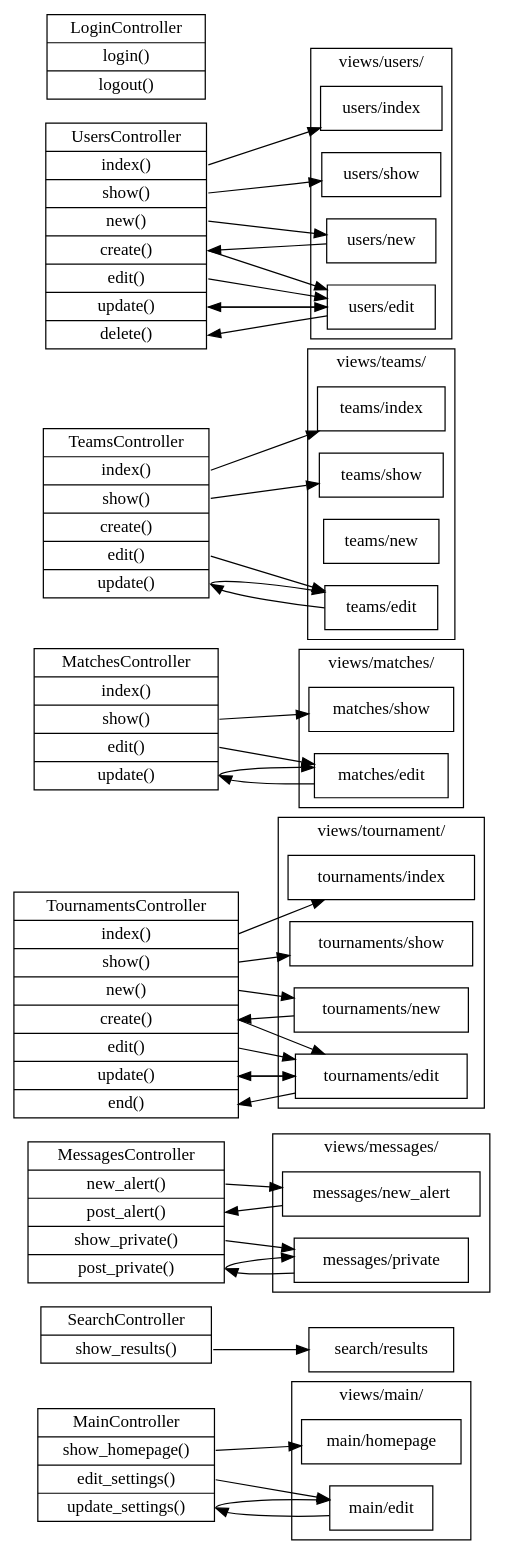
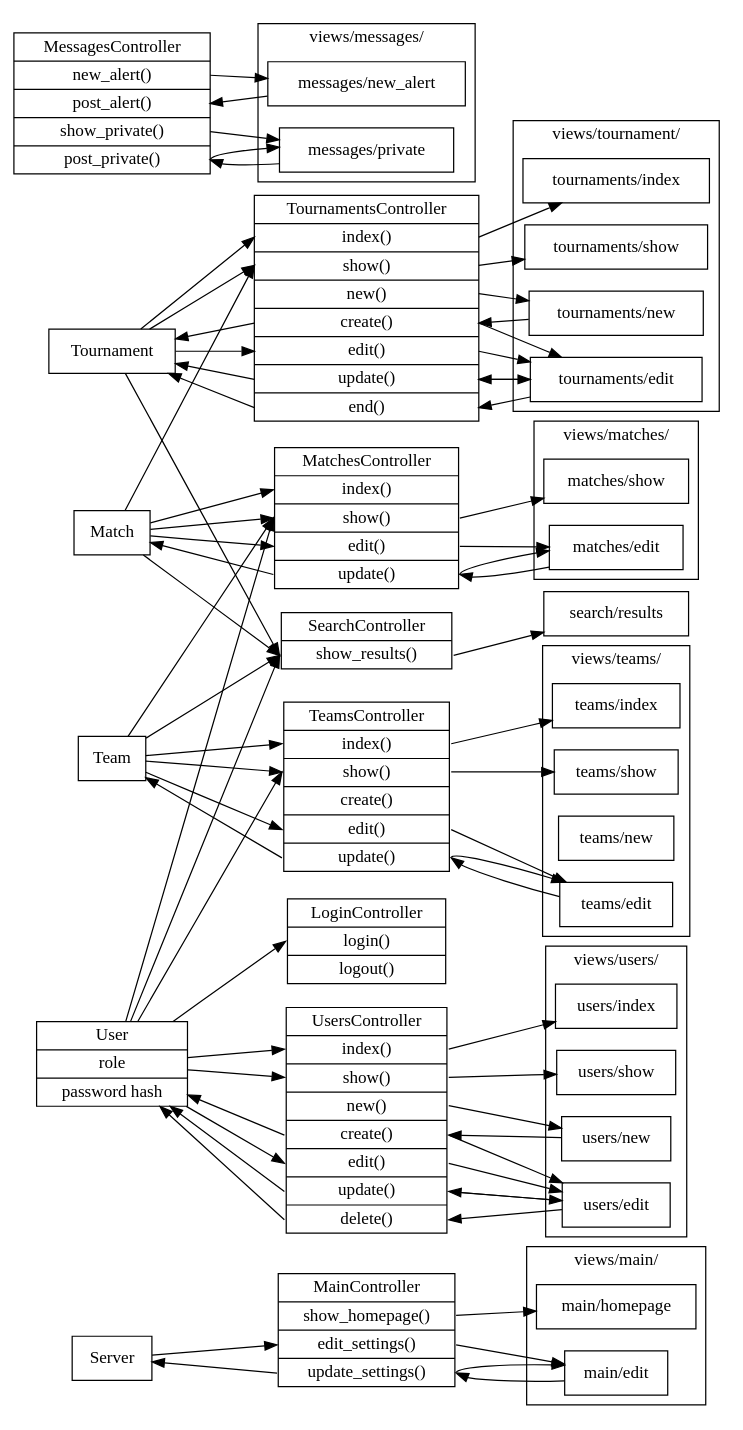
The diagram in docs/DesignDocument-classes.dot (LukeShu/leaguer), drawn with Graphviz before and after one commit. The commit also changed 1 other file, not shown here.

Commit message:
add models to the UML

```diff
--- a/docs/DesignDocument-classes.dot
+++ b/docs/DesignDocument-classes.dot
@@ -2,7 +2,6 @@
 	rankdir="LR";
 	splines="line";
 
-	/*
 	subgraph _clusterModels {
 		label="Models"
 		node[shape="record"];
@@ -15,7 +14,6 @@
 		Team[label="<main> Team"];
 		User[label="<main> User | <attr_role> role | <attr_pw> password hash"];
 	}
-	*/
 
 	subgraph _clusterViews {
 		label="views/";
@@ -193,33 +191,75 @@
 	}
 	*/
 
-	subgraph controller2view {
-		MainController:index -> main_homepage;
-		MainController:edit -> main_edit -> MainController:update -> main_edit;
+	###################################################################
+	# controller/view relations
+	###################################################################
+	MainController:index -> main_homepage;
+	MainController:edit -> main_edit -> MainController:update -> main_edit;
 
-		#LoginController:login -> common_permission_denied;
-		#LoginController:logout -> common_invalid;
+	#LoginController:login -> common_permission_denied;
+	#LoginController:logout -> common_invalid;
 
-		SearchController:show_results -> search_results;
+	SearchController:show_results -> search_results;
 
-		MessagesController:new_alert -> messages_new_alert -> MessagesController:post_alert;
-		MessagesController:show_private -> messages_private -> MessagesController:post_private -> messages_private;
+	MessagesController:new_alert -> messages_new_alert -> MessagesController:post_alert;
+	MessagesController:show_private -> messages_private -> MessagesController:post_private -> messages_private;
 
-		TournamentsController:index -> tournaments_index;
-		TournamentsController:show -> tournaments_show;
-		TournamentsController:new -> tournaments_new -> TournamentsController:create -> tournaments_edit -> TournamentsController:end;
-		TournamentsController:edit -> tournaments_edit -> TournamentsController:update -> tournaments_edit;
+	TournamentsController:index -> tournaments_index;
+	TournamentsController:show -> tournaments_show;
+	TournamentsController:new -> tournaments_new -> TournamentsController:create -> tournaments_edit -> TournamentsController:end;
+	TournamentsController:edit -> tournaments_edit -> TournamentsController:update -> tournaments_edit;
 
-		MatchesController:show -> matches_show;
-		MatchesController:edit -> matches_edit -> MatchesController:update -> matches_edit;
+	MatchesController:show -> matches_show;
+	MatchesController:edit -> matches_edit -> MatchesController:update -> matches_edit;
 
-		TeamsController:index -> teams_index;
-		TeamsController:show -> teams_show;
-		TeamsController:edit -> teams_edit -> TeamsController:update -> teams_edit;
+	TeamsController:index -> teams_index;
+	TeamsController:show -> teams_show;
+	TeamsController:edit -> teams_edit -> TeamsController:update -> teams_edit;
 
-		UsersController:index -> users_index;
-		UsersController:show -> users_show;
-		UsersController:new -> users_new -> UsersController:create -> users_edit -> UsersController:delete;
-		UsersController:edit -> users_edit -> UsersController:update -> users_edit;
-	}
+	UsersController:index -> users_index;
+	UsersController:show -> users_show;
+	UsersController:new -> users_new -> UsersController:create -> users_edit -> UsersController:delete;
+	UsersController:edit -> users_edit -> UsersController:update -> users_edit;
+
+	###################################################################
+	# controller/model relations
+	###################################################################
+	Server -> MainController:edit;
+	MainController:update -> Server;
+
+	User -> LoginController:login;
+
+	Tournament -> SearchController:show_results;
+	Match -> SearchController:show_results;
+	Team -> SearchController:show_results;
+	User -> SearchController:show_results;
+
+	Tournament -> TournamentsController:index;
+	Tournament -> TournamentsController:show;
+	Match -> TournamentsController:show;
+	Tournament -> TournamentsController:edit;
+	TournamentsController:create -> Tournament;
+	TournamentsController:update -> Tournament;
+	TournamentsController:end -> Tournament;
+
+	Match -> MatchesController:index;
+	Match -> MatchesController:show;
+	Team -> MatchesController:show;
+	User -> MatchesController:show;
+	Match -> MatchesController:edit;
+	MatchesController:update -> Match;
+
+	Team -> TeamsController:index;
+	Team -> TeamsController:show;
+	User -> TeamsController:show;
+	Team -> TeamsController:edit;
+	TeamsController:update -> Team;
+
+	User -> UsersController:index;
+	User -> UsersController:show;
+	User -> UsersController:edit;
+	UsersController:create -> User;
+	UsersController:update -> User;
+	UsersController:delete -> User;
 }
```
